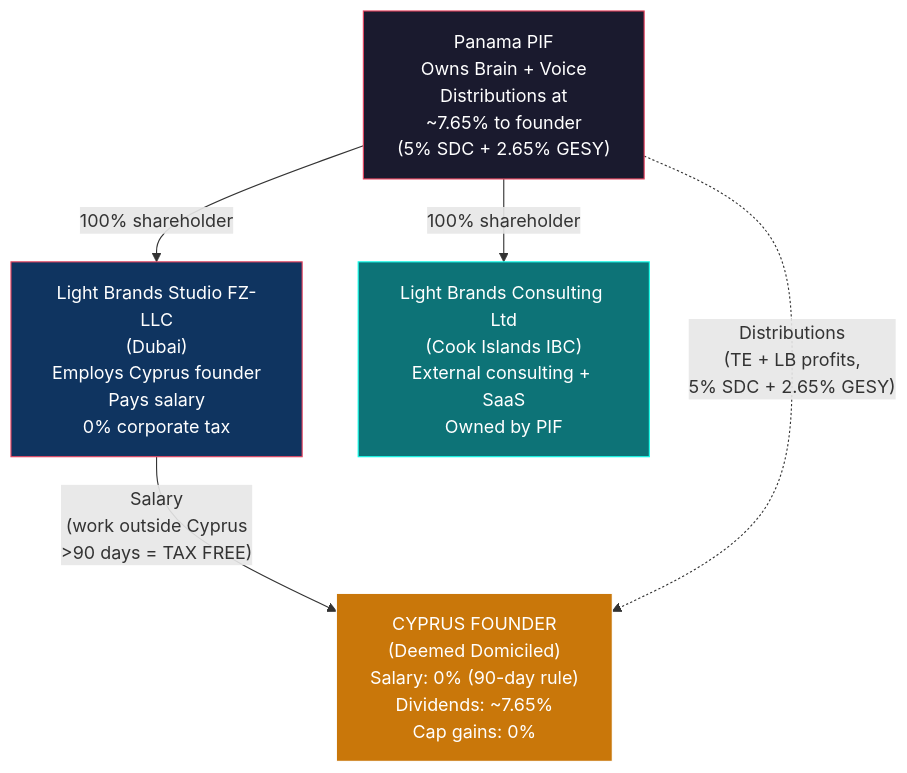
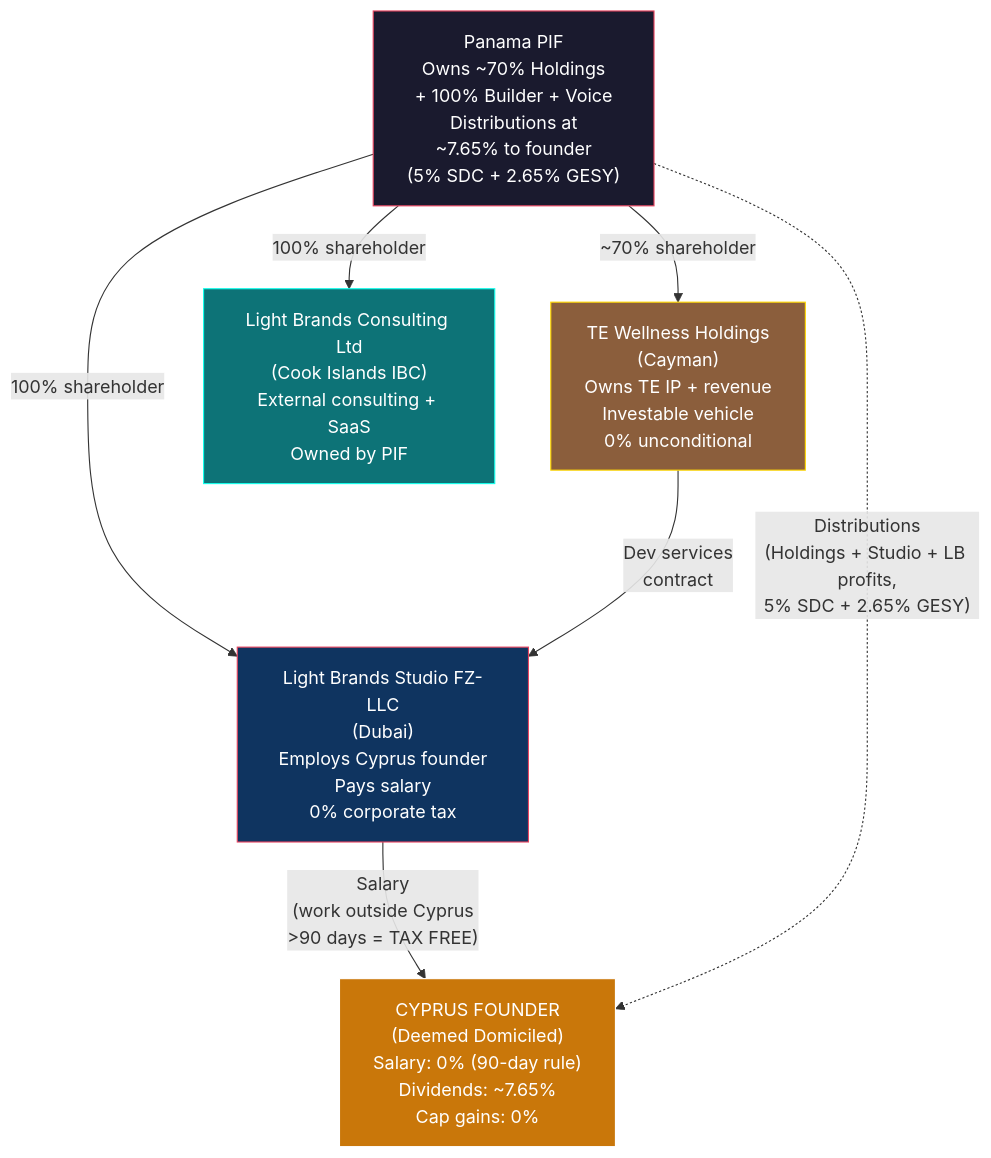
The diagram in docs/tax-structure/05-FOUNDER-GUIDE-CYPRUS.md (Light-Brands/epic-center), drawn with Mermaid before and after one commit. The commit also changed other lines of this file and 8 other files, not shown here.

First line of the commit message:
Integrate TE Wellness Holdings (Cayman) as investable vehicle into tax structure

````diff
--- a/docs/tax-structure/05-FOUNDER-GUIDE-CYPRUS.md
+++ b/docs/tax-structure/05-FOUNDER-GUIDE-CYPRUS.md
@@ -19,20 +19,25 @@
 ```mermaid
 graph TB
-    BRAIN["Light Brands Studio FZ-LLC<br/>(Dubai)<br/>Employs Cyprus founder<br/>Pays salary<br/>0% corporate tax"]
+    HOLDINGS["TE Wellness Holdings<br/>(Cayman)<br/>Owns TE IP + revenue<br/>Investable vehicle<br/>0% unconditional"]
+
+    BUILDER["Light Brands Studio FZ-LLC<br/>(Dubai)<br/>Employs Cyprus founder<br/>Pays salary<br/>0% corporate tax"]
 
     VOICE["Light Brands Consulting Ltd<br/>(Cook Islands IBC)<br/>External consulting + SaaS<br/>Owned by PIF"]
 
-    SHIELD["Panama PIF<br/>Owns Brain + Voice<br/>Distributions at<br/>~7.65% to founder<br/>(5% SDC + 2.65% GESY)"]
+    SHIELD["Panama PIF<br/>Owns ~70% Holdings<br/>+ 100% Builder + Voice<br/>Distributions at<br/>~7.65% to founder<br/>(5% SDC + 2.65% GESY)"]
 
     CYPRUS["CYPRUS FOUNDER<br/>(Deemed Domiciled)<br/>Salary: 0% (90-day rule)<br/>Dividends: ~7.65%<br/>Cap gains: 0%"]
 
-    SHIELD -->|"100% shareholder"| BRAIN
+    SHIELD -->|"~70% shareholder"| HOLDINGS
+    SHIELD -->|"100% shareholder"| BUILDER
     SHIELD -->|"100% shareholder"| VOICE
-    BRAIN -->|"Salary<br/>(work outside Cyprus<br/>>90 days = TAX FREE)"| CYPRUS
-    SHIELD -.->|"Distributions<br/>(TE + LB profits,<br/>5% SDC + 2.65% GESY)"| CYPRUS
+    HOLDINGS -->|"Dev services<br/>contract"| BUILDER
+    BUILDER -->|"Salary<br/>(work outside Cyprus<br/>>90 days = TAX FREE)"| CYPRUS
+    SHIELD -.->|"Distributions<br/>(Holdings + Studio + LB profits,<br/>5% SDC + 2.65% GESY)"| CYPRUS
 
-    style BRAIN fill:#0f3460,stroke:#e94560,color:#fff
+    style HOLDINGS fill:#8b5e3c,stroke:#ffd700,color:#fff
+    style BUILDER fill:#0f3460,stroke:#e94560,color:#fff
     style VOICE fill:#0d7377,stroke:#14ffec,color:#fff
     style SHIELD fill:#1a1a2e,stroke:#e94560,color:#fff
     style CYPRUS fill:#c9770a,stroke:#fff,color:#fff
 ```
````
